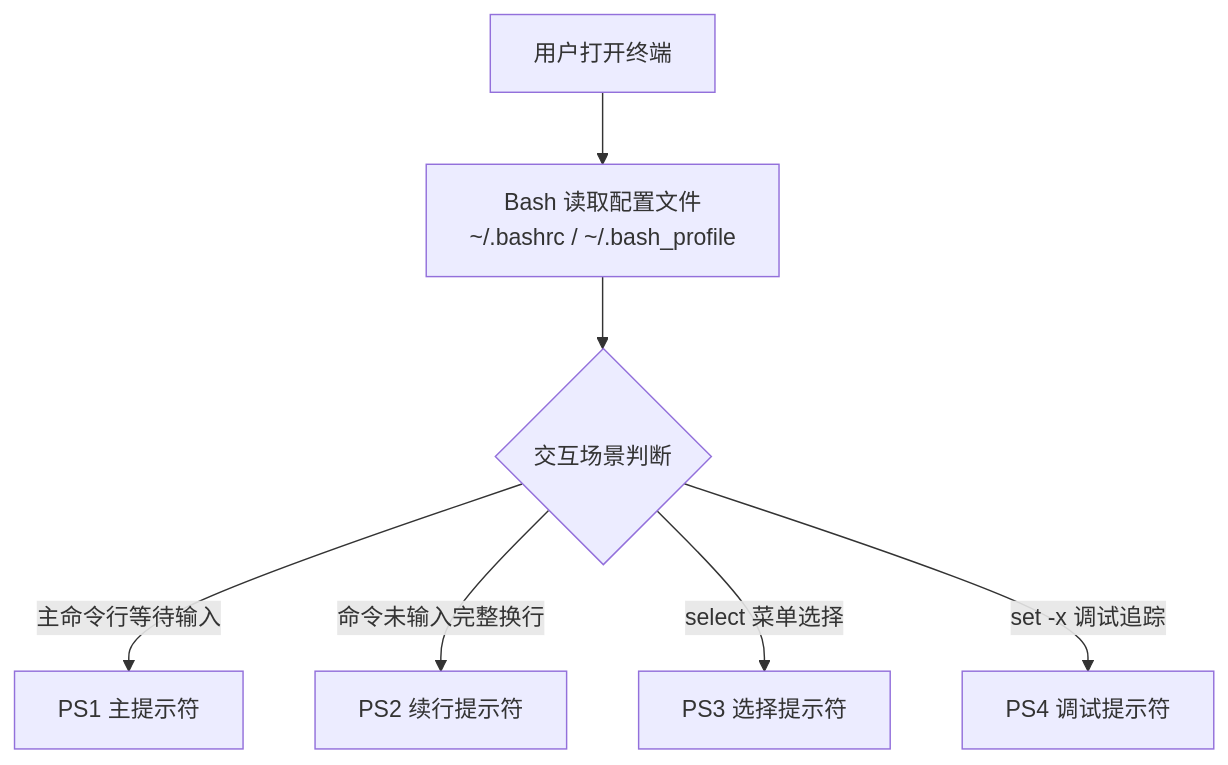
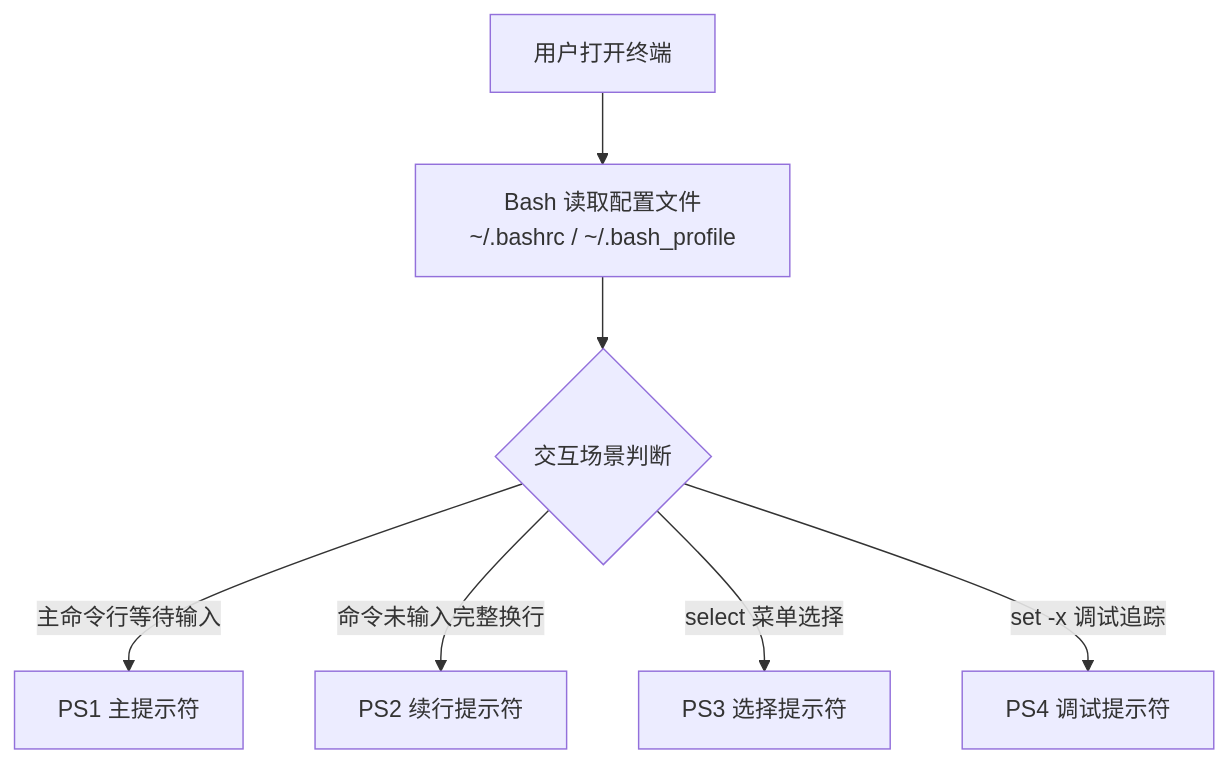
The first of 3 diagrams in linux/shell/bash/shell@PS1-PS4环境变量.md (xuchaoxin1375/blogs), drawn with Mermaid before and after one commit. The commit also changed 1 other file, not shown here.

Commit message:
general update project 04/10/2026 00:07:01

````diff
--- a/linux/shell/bash/shell@PS1-PS4环境变量.md
+++ b/linux/shell/bash/shell@PS1-PS4环境变量.md
@@ -9,9 +9,9 @@
 ```mermaid
 flowchart TD
-    A[用户打开终端] --> B[Bash 读取配置文件\n~/.bashrc / ~/.bash_profile]
+    A[用户打开终端] --> B[Bash 读取配置文件~/.bashrc / ~/.bash_profile]
     B --> C{交互场景判断}
     C -->|主命令行等待输入| D[PS1 主提示符]
     C -->|命令未输入完整换行| E[PS2 续行提示符]
     C -->|select 菜单选择| F[PS3 选择提示符]
     C -->|set -x 调试追踪| G[PS4 调试提示符]
 ```
````
